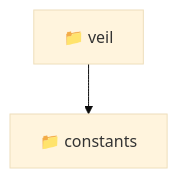
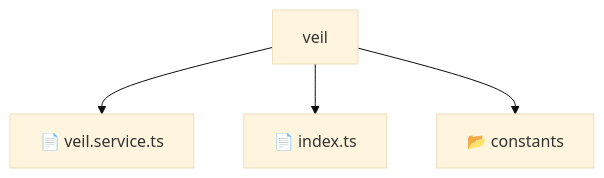
The diagram in frontend/src/entities/veil/README.md (beginwebdev2002/fullstack-mavluda), drawn with Mermaid (base theme) before and after one commit. The commit also changed other lines of this file and 155 other files, not shown here.

````diff
--- a/frontend/src/entities/veil/README.md
+++ b/frontend/src/entities/veil/README.md
@@ -10,5 +14,7 @@
 ```mermaid
 graph TD
-  Root["📁 veil"]
-  Root --> constants["📁 constants"]
+    Root[veil]
+    Root --> F0[📄 veil.service.ts]
+    Root --> F1[📄 index.ts]
+    Root --> F2[📂 constants]
 ```
````
